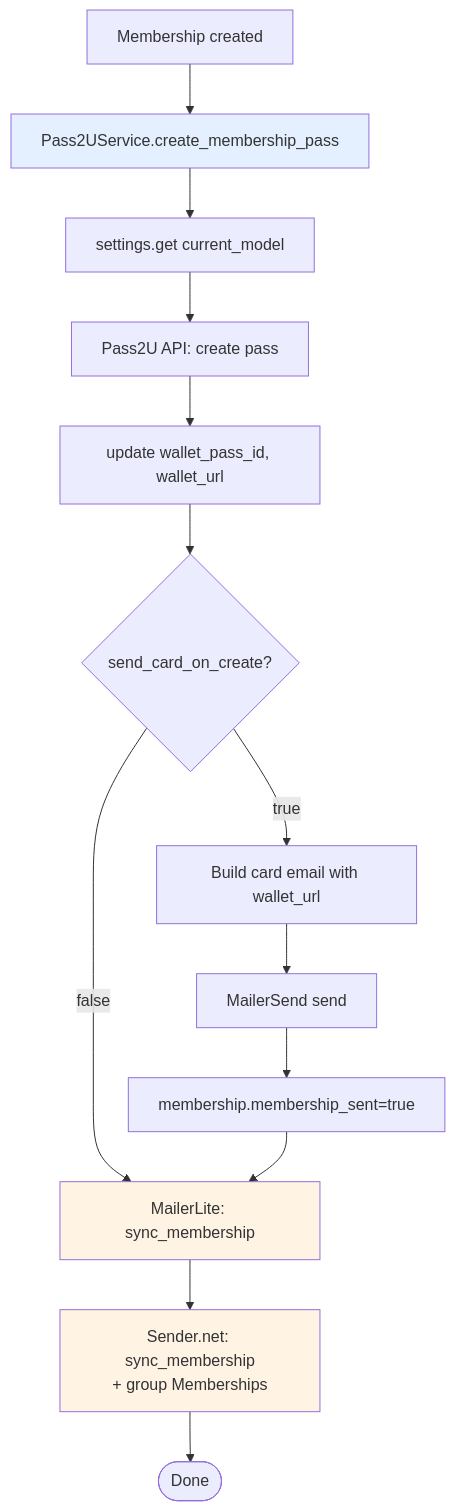
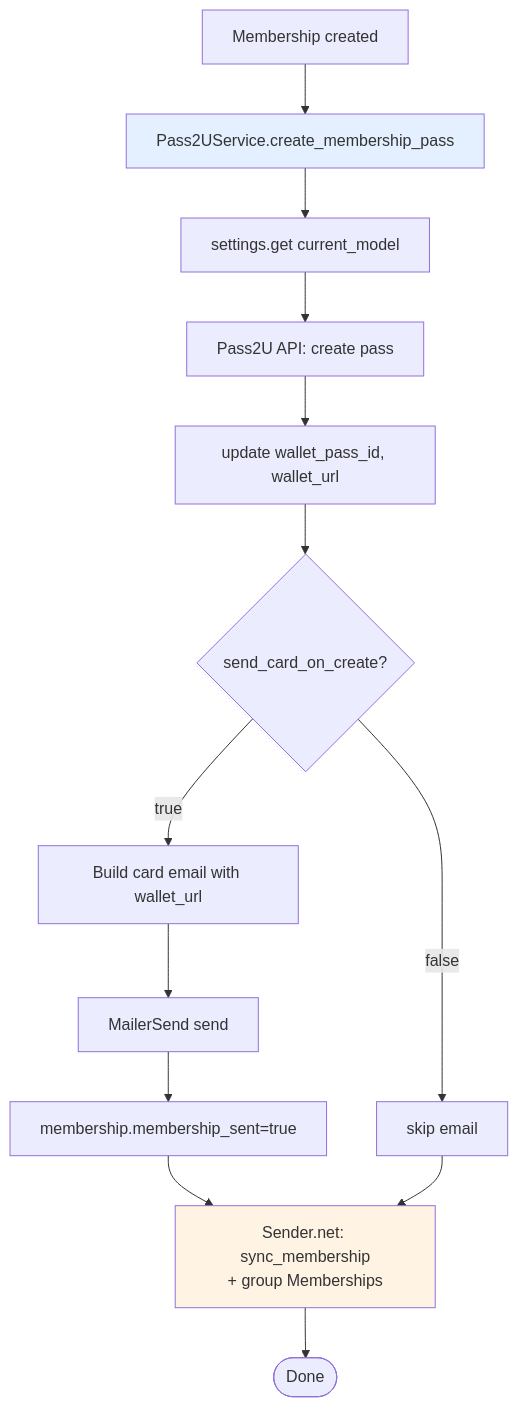
Diagram 23 of 35 in mcp-backend/BACKEND_USE_CASES.md (Vittorix99/mcp-website), drawn with Mermaid before and after one commit. The commit also changed other lines of this file and 180 other files, not shown here.

````diff
--- a/mcp-backend/BACKEND_USE_CASES.md
+++ b/mcp-backend/BACKEND_USE_CASES.md
@@ -970,19 +979,18 @@
 ```mermaid
 flowchart TD
     A[Membership created] --> B[Pass2UService.create_membership_pass]
     B --> C[settings.get current_model]
     C --> D[Pass2U API: create pass]
     D --> E[update wallet_pass_id, wallet_url]
     E --> F{send_card_on_create?}
     F -->|true| G[Build card email with wallet_url]
     G --> H[MailerSend send]
     H --> I[membership.membership_sent=true]
-    F -->|false| J
-    I --> J[MailerLite: sync_membership]
-    J --> K[Sender.net: sync_membership<br/>+ group Memberships]
+    F -->|false| J[skip email]
+    I --> K[Sender.net: sync_membership<br/>+ group Memberships]
+    J --> K
     K --> End([Done])
 
     style B fill:#e4f0ff
-    style J fill:#fff4e4
     style K fill:#fff4e4
 ```
````
